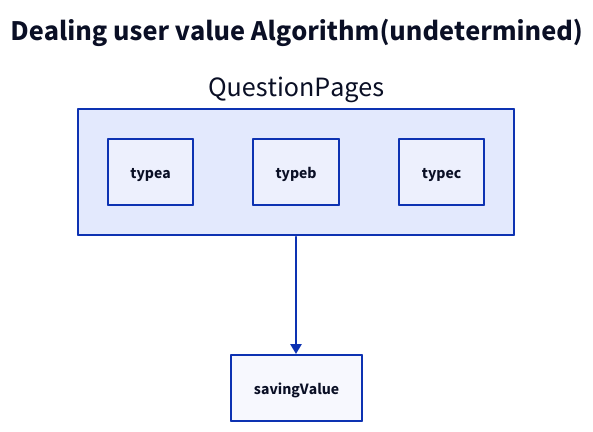
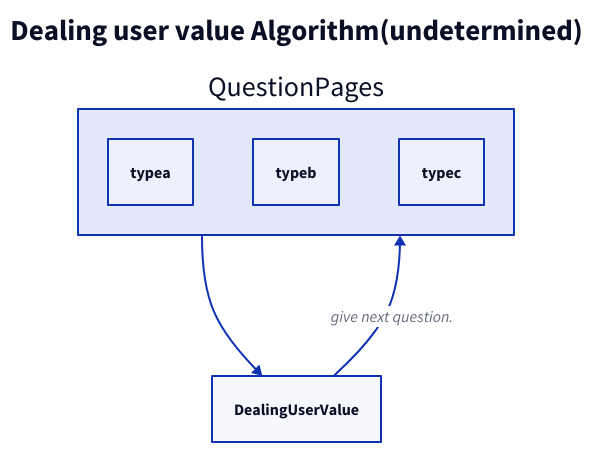
One commit to kty1004/kroean-army-mbti changed the diagram in src/algorithmStructure/userValueDealingAlgorithm.d2. Above: the diagram before and after it, drawn with D2. The commit also changed 9 other files, not shown here.

```diff
--- a/src/algorithmStructure/userValueDealingAlgorithm.d2
+++ b/src/algorithmStructure/userValueDealingAlgorithm.d2
@@ -1,15 +1,17 @@
 title: Dealing user value Algorithm(undetermined){
     near: top-center
     shape: text
     style: {
       font-size: 29
       bold: true
     }
   }
 
 QuestionPages {
     typea
     typeb
     typec
 }
-QuestionPages->savingValue
+QuestionPages->DealingUserValue
+
+DealingUserValue->QuestionPages:give next question.
```
